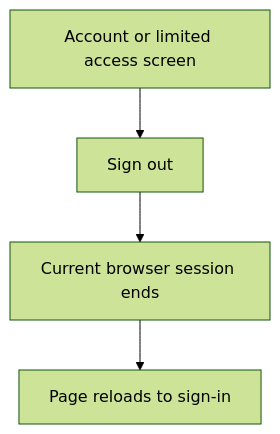
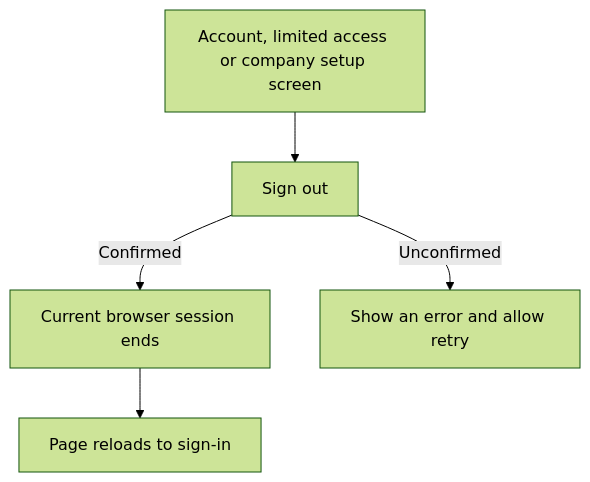
The first of 2 diagrams in user-stories/account/US-ACCOUNT-04-sign-out.md (Kevinjohn/capacitylens), drawn with Mermaid (forest theme) before and after one commit. The commit also changed other lines of this file and 26 other files, not shown here.

````diff
--- a/user-stories/account/US-ACCOUNT-04-sign-out.md
+++ b/user-stories/account/US-ACCOUNT-04-sign-out.md
@@ -17,6 +17,7 @@
 ```mermaid
 flowchart TD
-  screen["Account or limited access screen"] --> out["Sign out"]
-  out --> ended["Current browser session ends"]
+  screen["Account, limited access or company setup screen"] --> out["Sign out"]
+  out -->|Confirmed| ended["Current browser session ends"]
+  out -->|Unconfirmed| retry["Show an error and allow retry"]
   ended --> reload["Page reloads to sign-in"]
 ```
````
